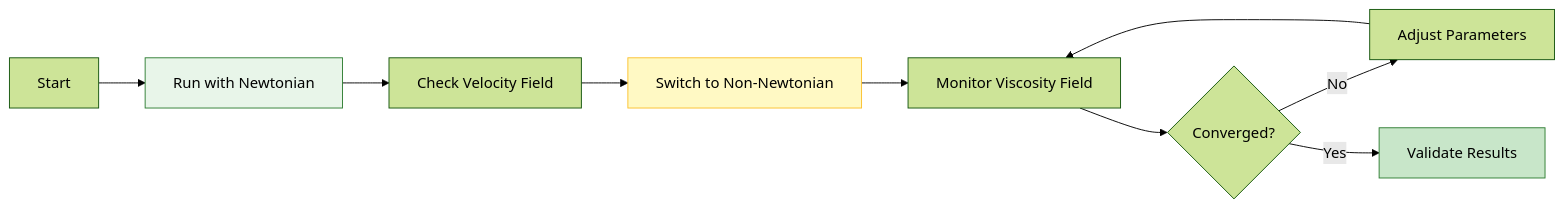
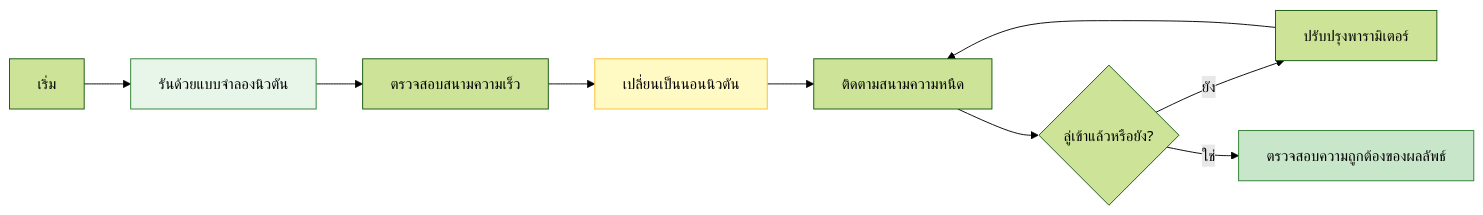
One commit to wramet/build-my-cfd changed the second of 3 diagrams in MODULE_06_ADVANCED_PHYSICS/CONTENT/04_NON_NEWTONIAN_FLUIDS/05_Practical_Usage.md. Above: the diagram before and after it, drawn with Mermaid (forest theme). The commit also changed other lines of this file and 104 other files, not shown here.

````diff
--- a/MODULE_06_ADVANCED_PHYSICS/CONTENT/04_NON_NEWTONIAN_FLUIDS/05_Practical_Usage.md
+++ b/MODULE_06_ADVANCED_PHYSICS/CONTENT/04_NON_NEWTONIAN_FLUIDS/05_Practical_Usage.md
@@ -517,15 +517,15 @@
 ```mermaid
 flowchart LR
-    A[Start] --> B[Run with Newtonian]
-    B --> C[Check Velocity Field]
-    C --> D[Switch to Non-Newtonian]
-    D --> E[Monitor Viscosity Field]
-    E --> F{Converged?}
-    F -- No --> G[Adjust Parameters]
+    A[เริ่ม] --> B[รันด้วยแบบจำลองนิวตัน]
+    B --> C[ตรวจสอบสนามความเร็ว]
+    C --> D[เปลี่ยนเป็นนอนนิวตัน]
+    D --> E[ติดตามสนามความหนืด]
+    E --> F{ลู่เข้าแล้วหรือยัง?};
+    F -- ยัง --> G[ปรับปรุงพารามิเตอร์]
     G --> E
-    F -- Yes --> H[Validate Results]
+    F -- ใช่ --> H[ตรวจสอบความถูกต้องของผลลัพธ์]
 
     style B fill:#e8f5e9,stroke:#2e7d32
     style D fill:#fff9c4,stroke:#fbc02d
     style H fill:#c8e6c9,stroke:#2e7d32
 ```
````
